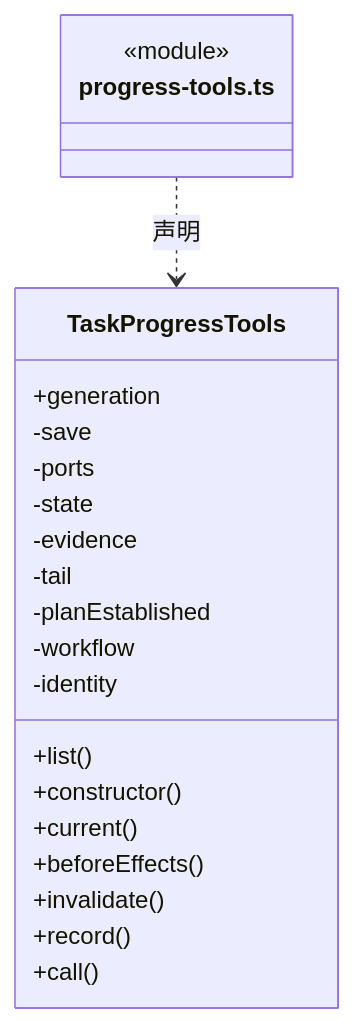
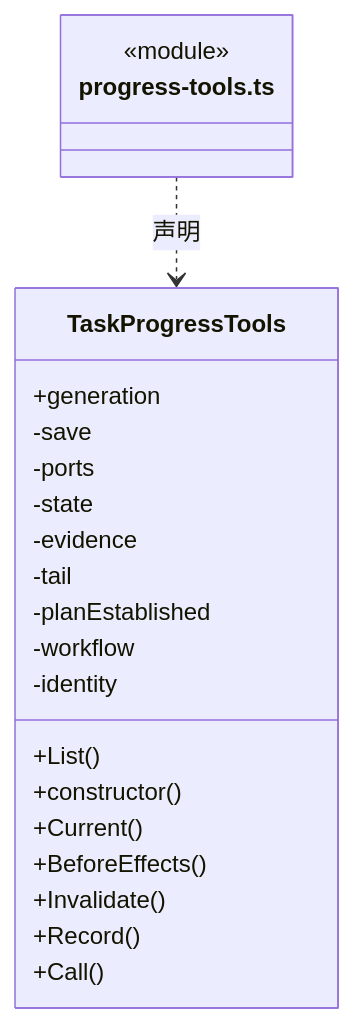
One commit to nan023062/cbim changed diagram 23 of 46 in src/logic/evidence/rules/ARCHITECTURE.md. Above: the diagram before and after it, drawn with Mermaid. The commit also changed other lines of this file and 1035 other files, not shown here.

````diff
--- a/src/logic/evidence/rules/ARCHITECTURE.md
+++ b/src/logic/evidence/rules/ARCHITECTURE.md
@@ -492,25 +492,25 @@
 ```mermaid
 classDiagram
 class N_src_logic_evidence_rules_progress_tools_ts["progress-tools.ts"] {
   <<module>>
 }
 class N_src_logic_evidence_rules_progress_tools_ts_TaskProgressTools["TaskProgressTools"] {
-  +list()
+  +List()
   +generation
   +constructor()
-  +current()
-  +beforeEffects()
-  +invalidate()
-  +record()
-  +call()
+  +Current()
+  +BeforeEffects()
+  +Invalidate()
+  +Record()
+  +Call()
   -save
   -ports
   -state
   -evidence
   -tail
   -planEstablished
   -workflow
   -identity
 }
 N_src_logic_evidence_rules_progress_tools_ts ..> N_src_logic_evidence_rules_progress_tools_ts_TaskProgressTools : 声明
 ```
````
